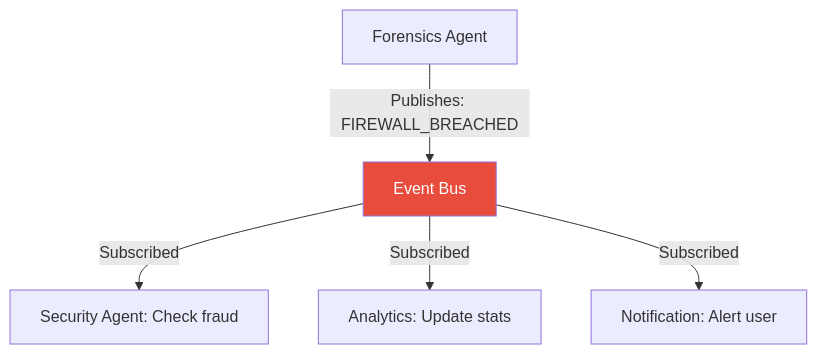
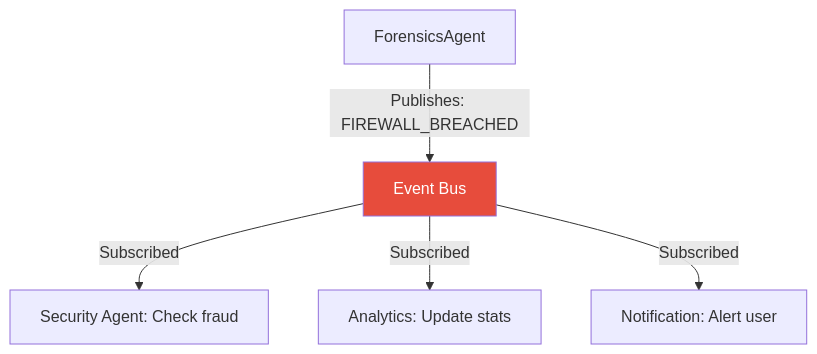
Diagram 15 of 53 in AI Agent Communication.md (Sujalkathait/-AI-Agent-Security-Playbook.), drawn with Mermaid before and after one commit. The commit also changed other lines of this file, not shown here.

Commit message:
fix: resolve mermaid syntax errors by removing spaces from node IDs

````diff
--- a/AI Agent Communication.md
+++ b/AI Agent Communication.md
@@ -465,9 +465,9 @@
 ```mermaid
 graph TD
-  Backend[" Forensics Agent"] -->|"Publishes: FIREWALL_BREACHED"| Bus[" Event Bus"]
+  Backend[" ForensicsAgent"] -->|"Publishes: FIREWALL_BREACHED"| Bus[" Event Bus"]
   Bus -->|Subscribed| Security[" Security Agent: Check fraud"]
   Bus -->|Subscribed| Analytics[" Analytics: Update stats"]
   Bus -->|Subscribed| Notify[" Notification: Alert user"]
 
   style Bus fill:#e74c3c,color:white
 ```
````
